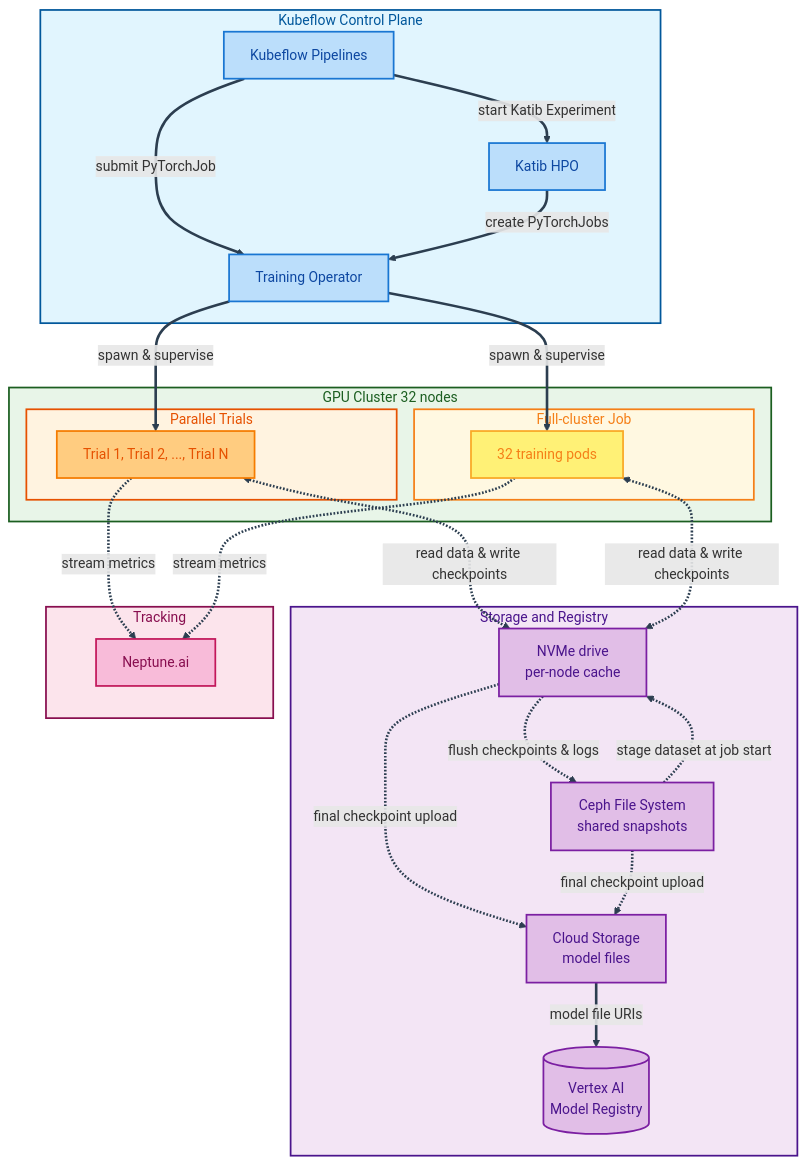
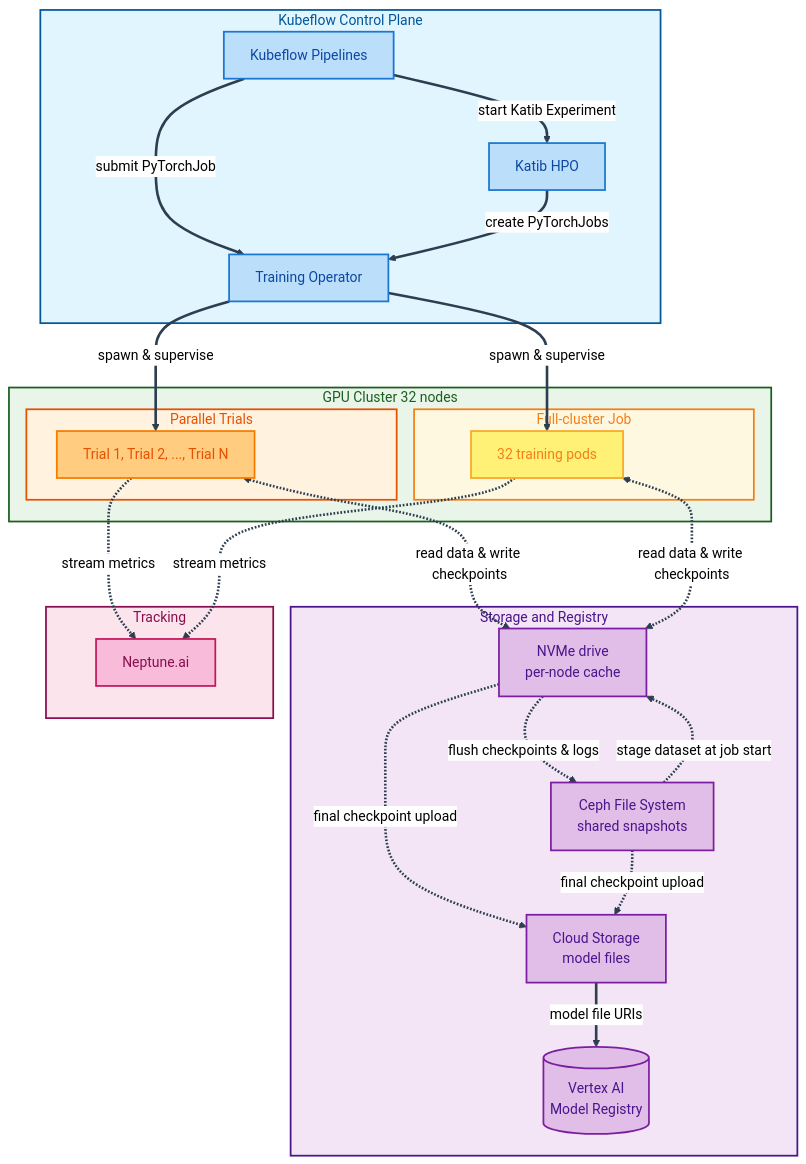
One commit to adrian-v-m/k8s_training changed the first of 2 diagrams in prima_mente_assignment/Prima_Mente_MLOps_Platform.md. Above: the diagram before and after it, drawn with Mermaid. The commit also changed other lines of this file, not shown here.

Commit message:
Change diagram background colour

````diff
--- a/prima_mente_assignment/Prima_Mente_MLOps_Platform.md
+++ b/prima_mente_assignment/Prima_Mente_MLOps_Platform.md
@@ -6,4 +6,15 @@
 ```mermaid
+%%{init: {
+  'theme': 'base',
+  'themeVariables': {
+    'primaryColor': '#ffffff',
+    'primaryTextColor': '#000000',
+    'primaryBorderColor': '#000000',
+    'lineColor': '#000000',
+    'background': '#f8f9fa'
+  }
+}}%%
+
 flowchart TD
     %% Control Plane
     subgraph CP["Kubeflow Control Plane"]
````
